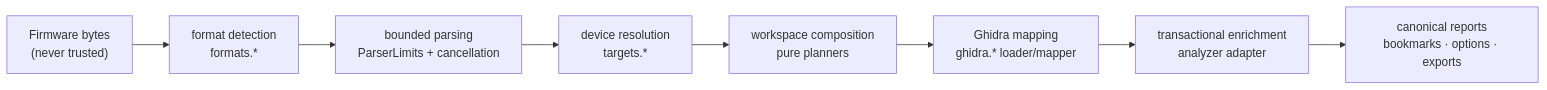
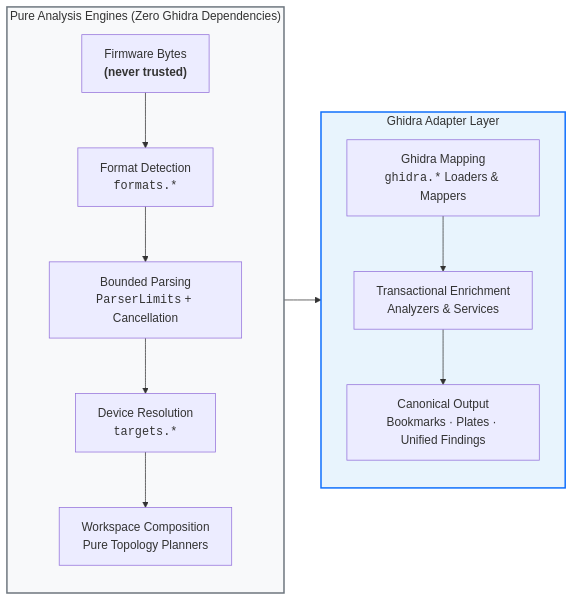
The first of 2 diagrams in README.md (reza-bakhshi/Embedra), drawn with Mermaid before and after one commit. The commit also changed other lines of this file, not shown here.

Commit message:
docs: modernize README with aesthetic hero banner, capability matrix, and diagrams

````diff
--- a/README.md
+++ b/README.md
@@ -127,10 +122,20 @@
 ```mermaid
 flowchart LR
-    A["Firmware bytes<br/>(never trusted)"] --> B["format detection<br/>formats.*"]
-    B --> C["bounded parsing<br/>ParserLimits + cancellation"]
-    C --> D["device resolution<br/>targets.*"]
-    D --> E["workspace composition<br/>pure planners"]
-    E --> F["Ghidra mapping<br/>ghidra.* loader/mapper"]
-    F --> G["transactional enrichment<br/>analyzer adapter"]
-    G --> H["canonical reports<br/>bookmarks · options · exports"]
+    subgraph PURE["Pure Analysis Engines (Zero Ghidra Dependencies)"]
+        direction TB
+        A["Firmware Bytes<br/><b>(never trusted)</b>"] --> B["Format Detection<br/><code>formats.*</code>"]
+        B --> C["Bounded Parsing<br/><code>ParserLimits</code> + Cancellation"]
+        C --> D["Device Resolution<br/><code>targets.*</code>"]
+        D --> E["Workspace Composition<br/>Pure Topology Planners"]
+    end
+
+    subgraph ADAPTER["Ghidra Adapter Layer"]
+        direction TB
+        E --> F["Ghidra Mapping<br/><code>ghidra.*</code> Loaders & Mappers"]
+        F --> G["Transactional Enrichment<br/>Analyzers & Services"]
+        G --> H["Canonical Output<br/>Bookmarks · Plates · Unified Findings"]
+    end
+
+    style PURE fill:#f8f9fa,stroke:#6c757d,stroke-width:2px
+    style ADAPTER fill:#e8f4fd,stroke:#0d6efd,stroke-width:2px
 ```
````
